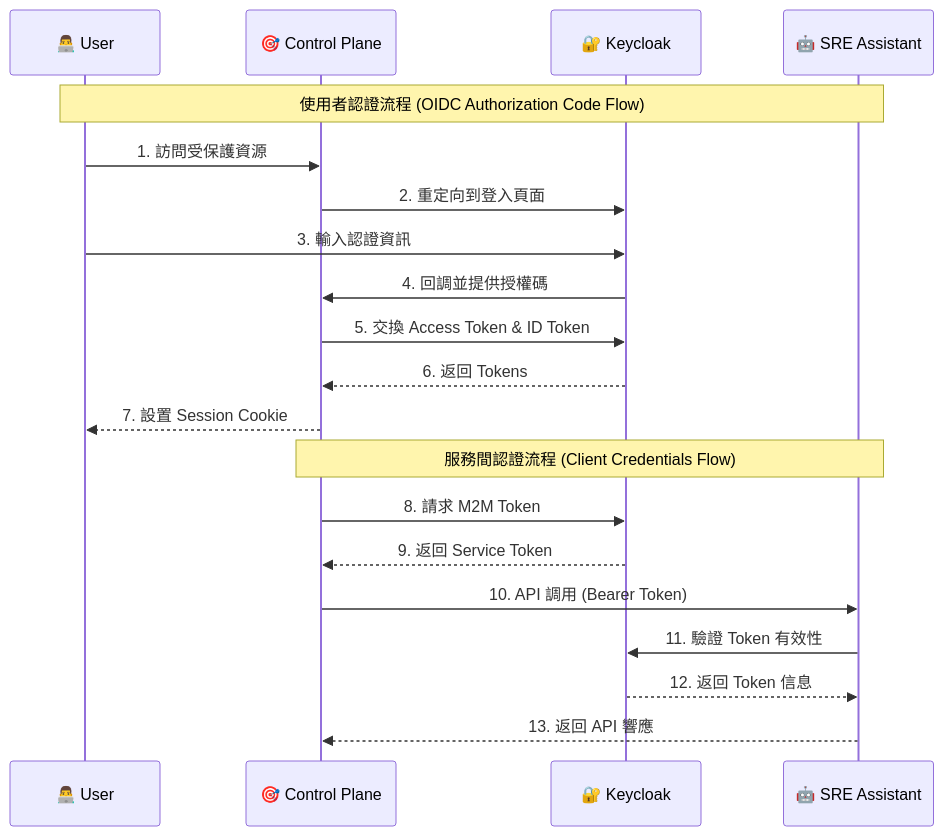
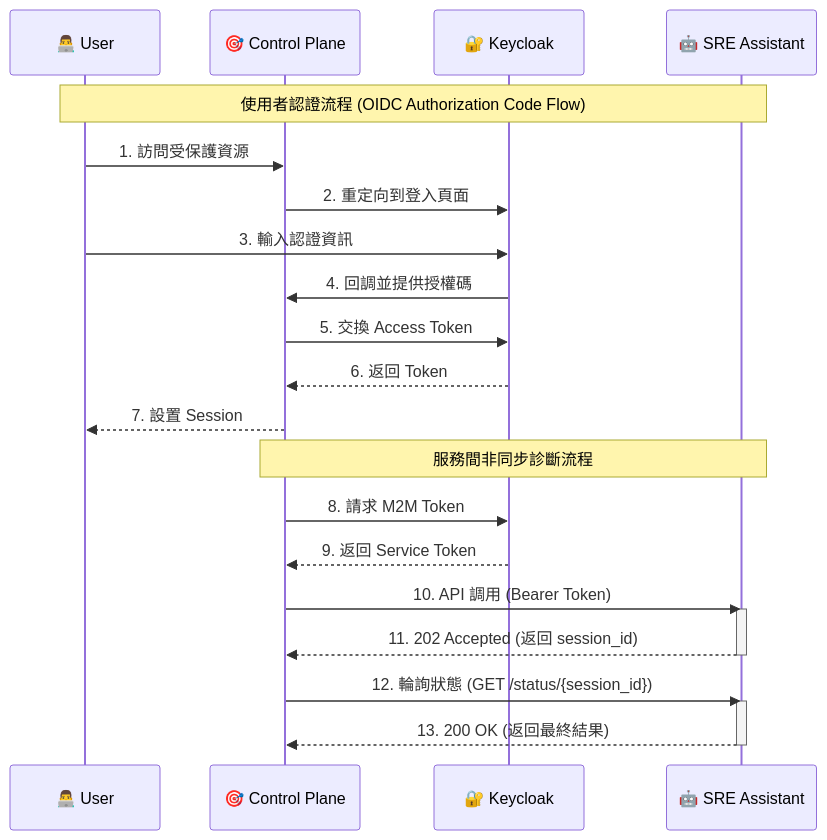
Before and after one commit to detectviz/ai-ops: the sixth of 16 diagrams in docs/ARCHITECTURE.md, drawn with Mermaid. The commit also changed 14 other files, not shown here.

````diff
--- a/docs/ARCHITECTURE.md
+++ b/docs/ARCHITECTURE.md
@@ -244,24 +244,29 @@
 ```mermaid
 sequenceDiagram
     participant U as 👨‍💻 User
     participant CP as 🎯 Control Plane
     participant KC as 🔐 Keycloak
     participant SA as 🤖 SRE Assistant
     
     Note over U,SA: 使用者認證流程 (OIDC Authorization Code Flow)
     U->>CP: 1. 訪問受保護資源
     CP->>KC: 2. 重定向到登入頁面
     U->>KC: 3. 輸入認證資訊
     KC->>CP: 4. 回調並提供授權碼
-    CP->>KC: 5. 交換 Access Token & ID Token
-    KC-->>CP: 6. 返回 Tokens
-    CP-->>U: 7. 設置 Session Cookie
+    CP->>KC: 5. 交換 Access Token
+    KC-->>CP: 6. 返回 Token
+    CP-->>U: 7. 設置 Session
     
-    Note over CP,SA: 服務間認證流程 (Client Credentials Flow)
+    Note over CP,SA: 服務間非同步診斷流程
     CP->>KC: 8. 請求 M2M Token
     KC-->>CP: 9. 返回 Service Token
     CP->>SA: 10. API 調用 (Bearer Token)
-    SA->>KC: 11. 驗證 Token 有效性
-    KC-->>SA: 12. 返回 Token 信息
-    SA-->>CP: 13. 返回 API 響應
+    activate SA
+    SA-->>CP: 11. 202 Accepted (返回 session_id)
+    deactivate SA
+    
+    CP->>SA: 12. 輪詢狀態 (GET /status/{session_id})
+    activate SA
+    SA-->>CP: 13. 200 OK (返回最終結果)
+    deactivate SA
 ```
````
